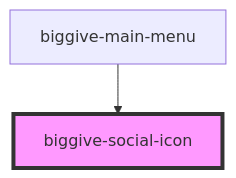
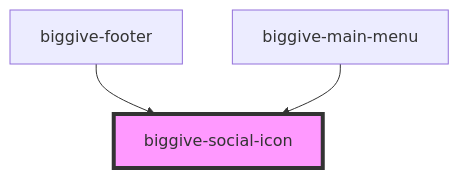
One commit to thebiggive/donate-frontend changed the diagram in src/components/biggive-social-icon/readme.md. Above: the diagram before and after it, drawn with Mermaid. The commit also changed other lines of this file and 3 other files, not shown here.

Commit message:
Update docs for biggive-footer

````diff
--- a/src/components/biggive-social-icon/readme.md
+++ b/src/components/biggive-social-icon/readme.md
@@ -26,5 +27,6 @@
 ```mermaid
 graph TD;
+  biggive-footer --> biggive-social-icon
   biggive-main-menu --> biggive-social-icon
   style biggive-social-icon fill:#f9f,stroke:#333,stroke-width:4px
 ```
````
